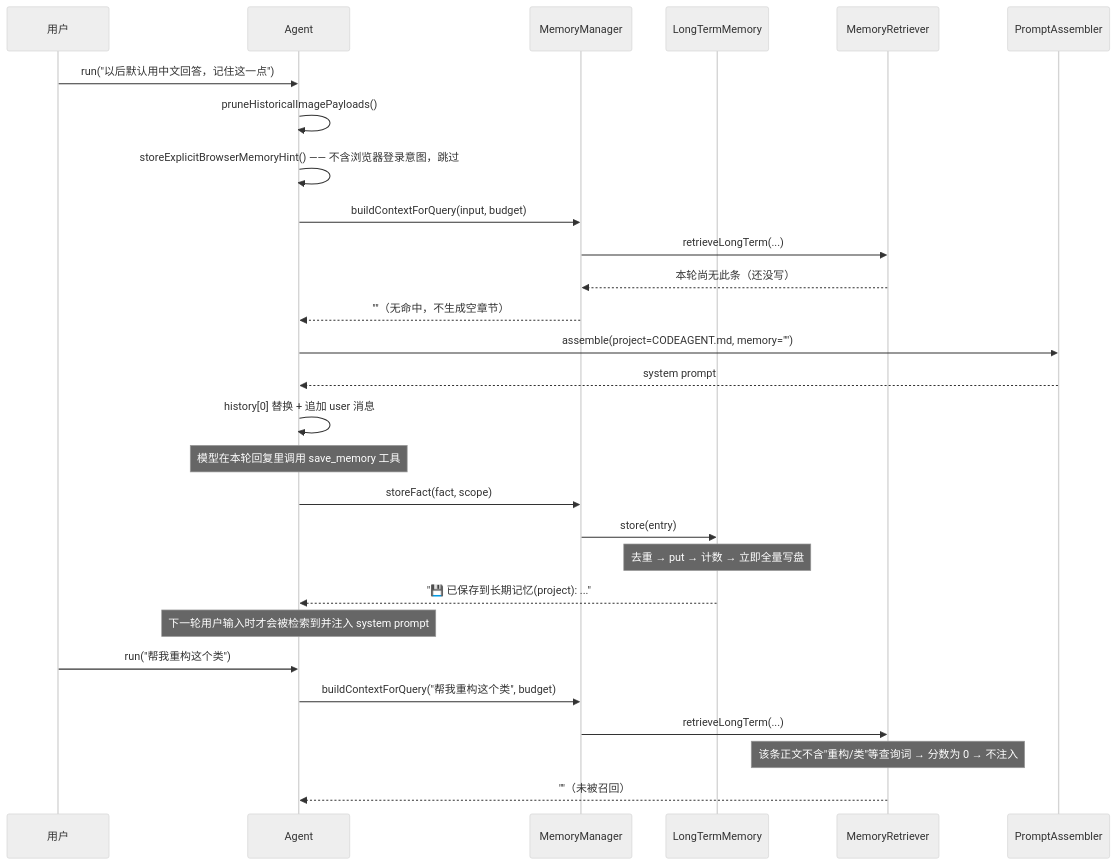
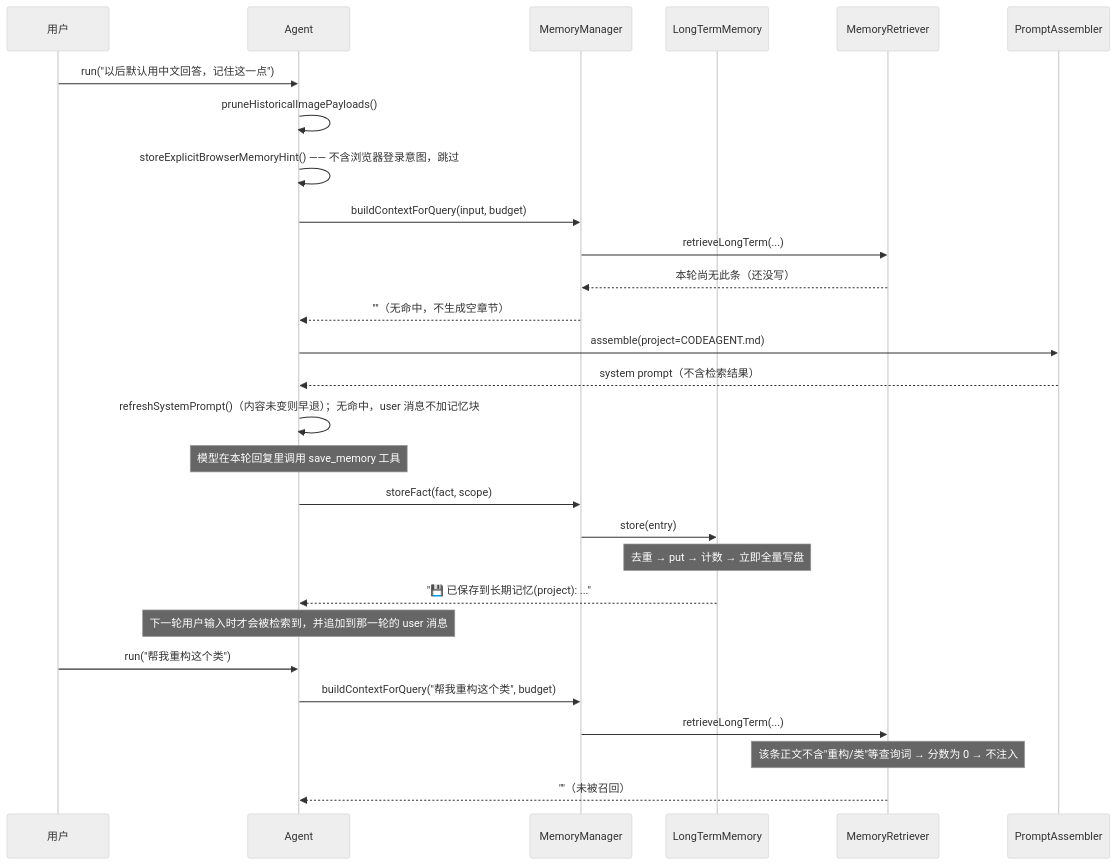
The third of 3 diagrams in docs/dev/06-memory-context.md (zgjdev/Code-Agent), drawn with Mermaid (neutral theme) before and after one commit. The commit also changed other lines of this file and 4 other files, not shown here.

````diff
--- a/docs/dev/06-memory-context.md
+++ b/docs/dev/06-memory-context.md
@@ -803,31 +821,31 @@
 ```mermaid
 sequenceDiagram
     participant U as 用户
     participant A as Agent
     participant M as MemoryManager
     participant L as LongTermMemory
     participant R as MemoryRetriever
     participant P as PromptAssembler
 
     U->>A: run("以后默认用中文回答，记住这一点")
     A->>A: pruneHistoricalImagePayloads()
     A->>A: storeExplicitBrowserMemoryHint() —— 不含浏览器登录意图，跳过
     A->>M: buildContextForQuery(input, budget)
     M->>R: retrieveLongTerm(...)
     R-->>M: 本轮尚无此条（还没写）
     M-->>A: ""（无命中，不生成空章节）
-    A->>P: assemble(project=CODEAGENT.md, memory="")
-    P-->>A: system prompt
-    A->>A: history[0] 替换 + 追加 user 消息
+    A->>P: assemble(project=CODEAGENT.md)
+    P-->>A: system prompt（不含检索结果）
+    A->>A: refreshSystemPrompt()（内容未变则早退）；无命中，user 消息不加记忆块
     Note over A: 模型在本轮回复里调用 save_memory 工具
     A->>M: storeFact(fact, scope)
     M->>L: store(entry)
     Note over L: 去重 → put → 计数 → 立即全量写盘
     L-->>A: "💾 已保存到长期记忆(project): ..."
-    Note over A: 下一轮用户输入时才会被检索到并注入 system prompt
+    Note over A: 下一轮用户输入时才会被检索到，并追加到那一轮的 user 消息
     U->>A: run("帮我重构这个类")
     A->>M: buildContextForQuery("帮我重构这个类", budget)
     M->>R: retrieveLongTerm(...)
     Note over R: 该条正文不含"重构/类"等查询词 → 分数为 0 → 不注入
     R-->>A: ""（未被召回）
 ```
````
